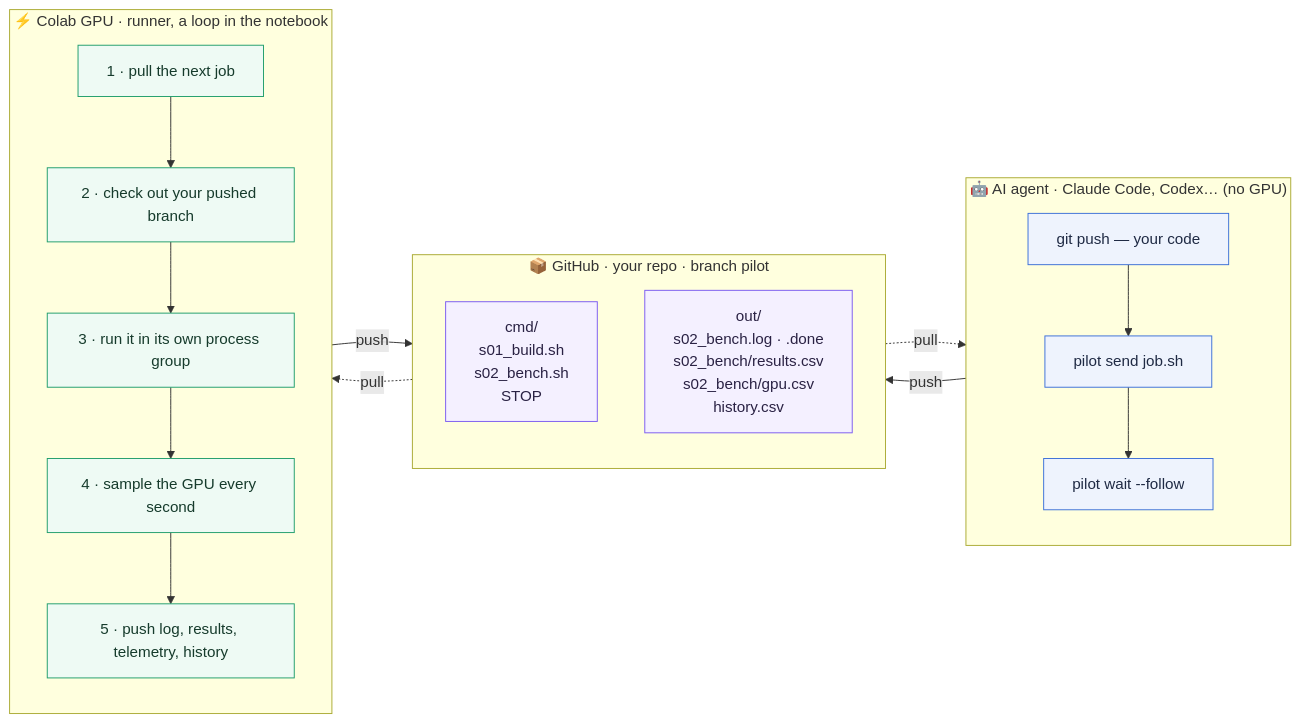
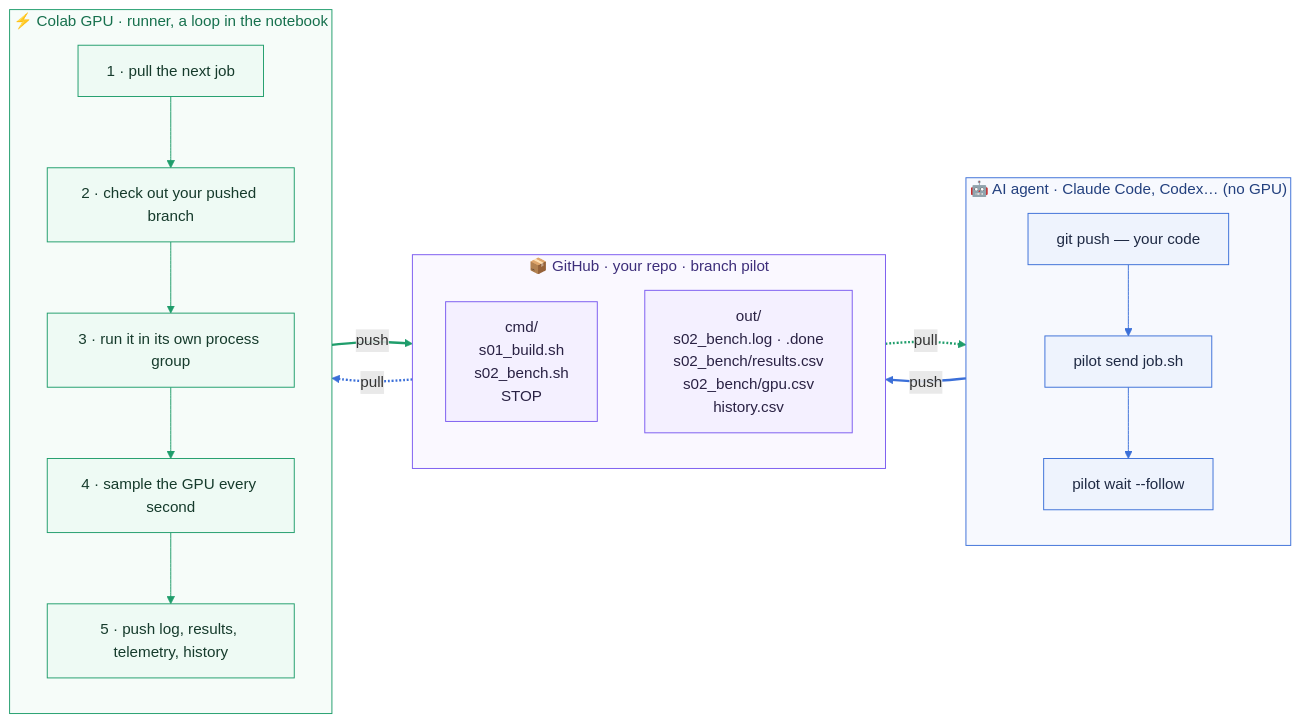
Before and after one commit to SergeyChere/MeetProxy: the first of 3 diagrams in docs/HOW-IT-WORKS.md, drawn with Mermaid. The commit also changed other lines of this file and 1 other file, not shown here.

First line of the commit message:
Docs: all diagrams as colored Mermaid

````diff
--- a/docs/HOW-IT-WORKS.md
+++ b/docs/HOW-IT-WORKS.md
@@ -6,38 +6,45 @@
 ```mermaid
 flowchart LR
     subgraph AGENT["🤖 AI agent · Claude Code, Codex… (no GPU)"]
         direction TB
         A1["git push — your code"]
         A2["pilot send job.sh"]
         A3["pilot wait --follow"]
         A1 --> A2 --> A3
     end
 
     subgraph REPO["📦 GitHub · your repo · branch pilot"]
         direction TB
         C["cmd/<br/>s01_build.sh<br/>s02_bench.sh<br/>STOP"]
         O["out/<br/>s02_bench.log · .done<br/>s02_bench/results.csv<br/>s02_bench/gpu.csv<br/>history.csv"]
     end
 
     subgraph GPU["⚡ Colab GPU · runner, a loop in the notebook"]
         direction TB
         R1["1 · pull the next job"]
         R2["2 · check out your pushed branch"]
         R3["3 · run it in its own process group"]
         R4["4 · sample the GPU every second"]
         R5["5 · push log, results, telemetry, history"]
         R1 --> R2 --> R3 --> R4 --> R5
     end
 
     A2 -- push --> C
     C -. pull .-> R1
     R5 -- push --> O
     O -. pull .-> A3
 
     classDef agent fill:#eef3fd,stroke:#3b6fd8,color:#1f2a44
     classDef repo fill:#f4f0ff,stroke:#7a5af0,color:#2a2244
     classDef gpu fill:#eefaf4,stroke:#1f9d6b,color:#163b2c
     class A1,A2,A3 agent
     class C,O repo
     class R1,R2,R3,R4,R5 gpu
+    style AGENT fill:#f7f9fe,stroke:#3b6fd8,color:#23407e
+    style REPO fill:#faf8ff,stroke:#7a5af0,color:#3d2e7a
+    style GPU fill:#f6fcf9,stroke:#1f9d6b,color:#16704d
+    linkStyle 0,1 stroke:#3b6fd8
+    linkStyle 2,3,4,5 stroke:#1f9d6b
+    linkStyle 6,7 stroke:#3b6fd8,stroke-width:2.5px
+    linkStyle 8,9 stroke:#1f9d6b,stroke-width:2.5px
 ```
````
